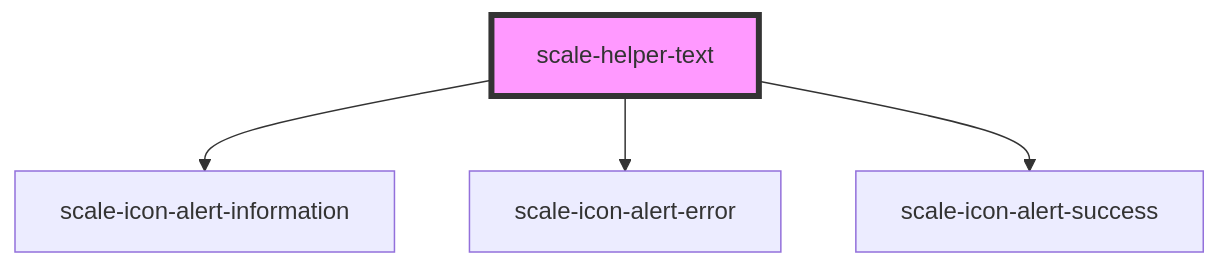
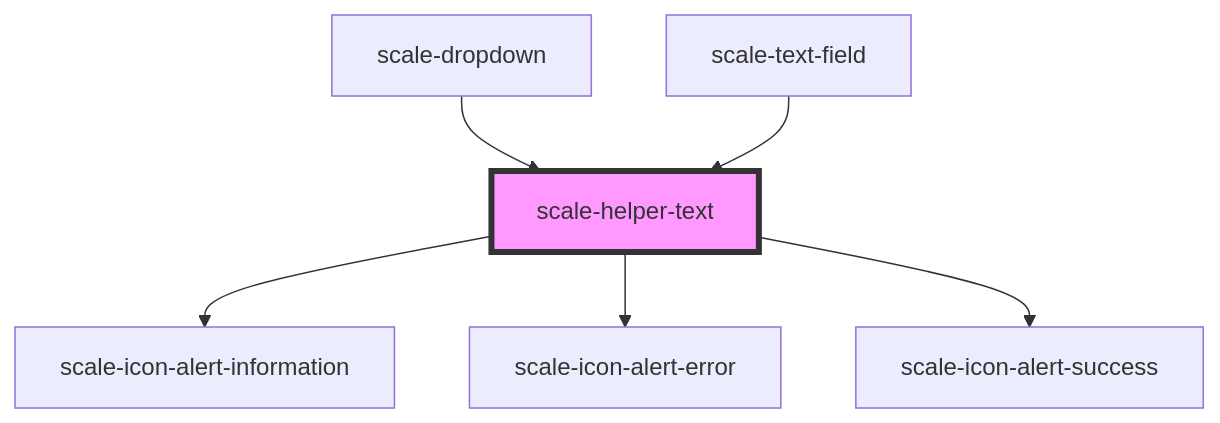
One commit to telekom/scale changed the diagram in packages/components/src/components/helper-text/readme.md. Above: the diagram before and after it, drawn with Mermaid. The commit also changed other lines of this file and 24 other files, not shown here.

Commit message:
refactor(text-field, dropdown): changing helper-text to helper-text component

````diff
--- a/packages/components/src/components/helper-text/readme.md
+++ b/packages/components/src/components/helper-text/readme.md
@@ -42,7 +47,9 @@
 ```mermaid
 graph TD;
   scale-helper-text --> scale-icon-alert-information
   scale-helper-text --> scale-icon-alert-error
   scale-helper-text --> scale-icon-alert-success
+  scale-dropdown --> scale-helper-text
+  scale-text-field --> scale-helper-text
   style scale-helper-text fill:#f9f,stroke:#333,stroke-width:4px
 ```
````
